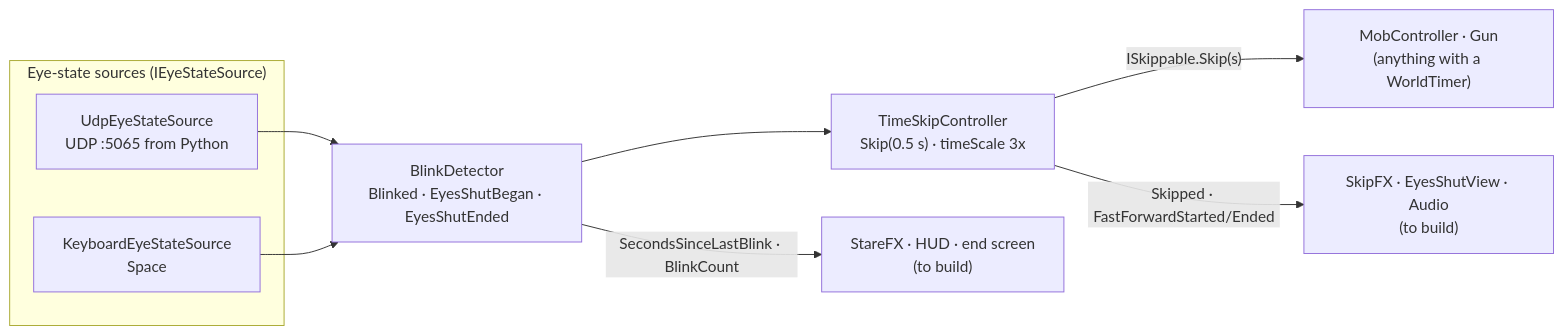
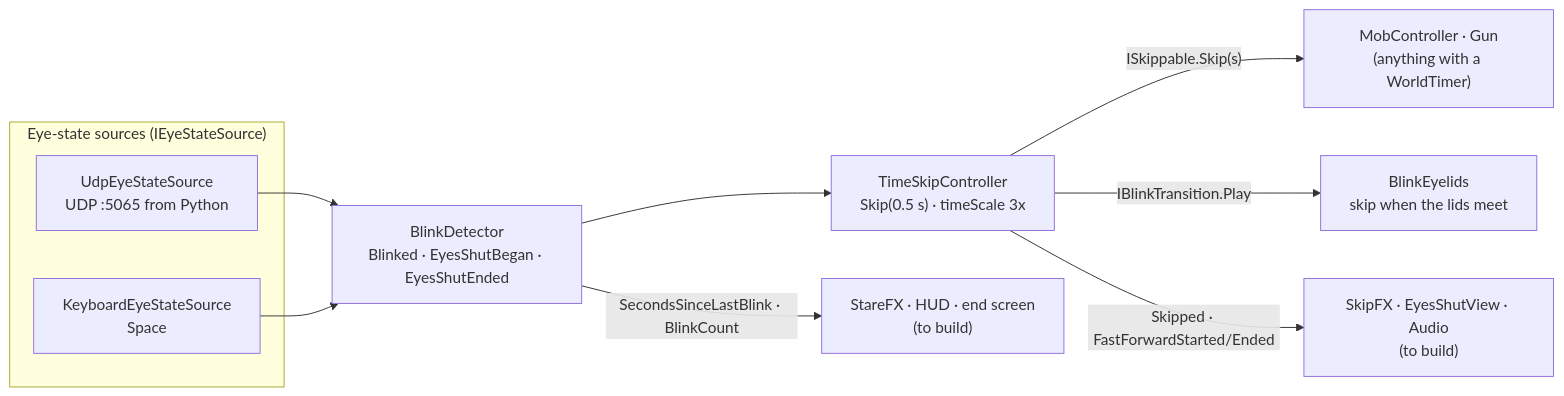
One commit to diyon-k/css-gamejam2026 changed the diagram in docs/ARCHITECTURE.md. Above: the diagram before and after it, drawn with Mermaid. The commit also changed other lines of this file and 10 other files, not shown here.

First line of the commit message:
feat(effects): close eyelids over each blink skip

````diff
--- a/docs/ARCHITECTURE.md
+++ b/docs/ARCHITECTURE.md
@@ -32,13 +32,14 @@
 ```mermaid
 flowchart LR
     subgraph Sources["Eye-state sources (IEyeStateSource)"]
         UDP["UdpEyeStateSource<br/>UDP :5065 from Python"]
         KEY["KeyboardEyeStateSource<br/>Space"]
     end
     UDP --> BD
     KEY --> BD
     BD["BlinkDetector<br/>Blinked · EyesShutBegan · EyesShutEnded"] --> TS
     TS["TimeSkipController<br/>Skip(0.5 s) · timeScale 3x"] -- "ISkippable.Skip(s)" --> W["MobController · Gun<br/>(anything with a WorldTimer)"]
+    TS -- "IBlinkTransition.Play" --> LID["BlinkEyelids<br/>skip when the lids meet"]
     TS -- "Skipped · FastForwardStarted/Ended" --> FX["SkipFX · EyesShutView · Audio<br/>(to build)"]
     BD -- "SecondsSinceLastBlink · BlinkCount" --> UI["StareFX · HUD · end screen<br/>(to build)"]
 ```
````
